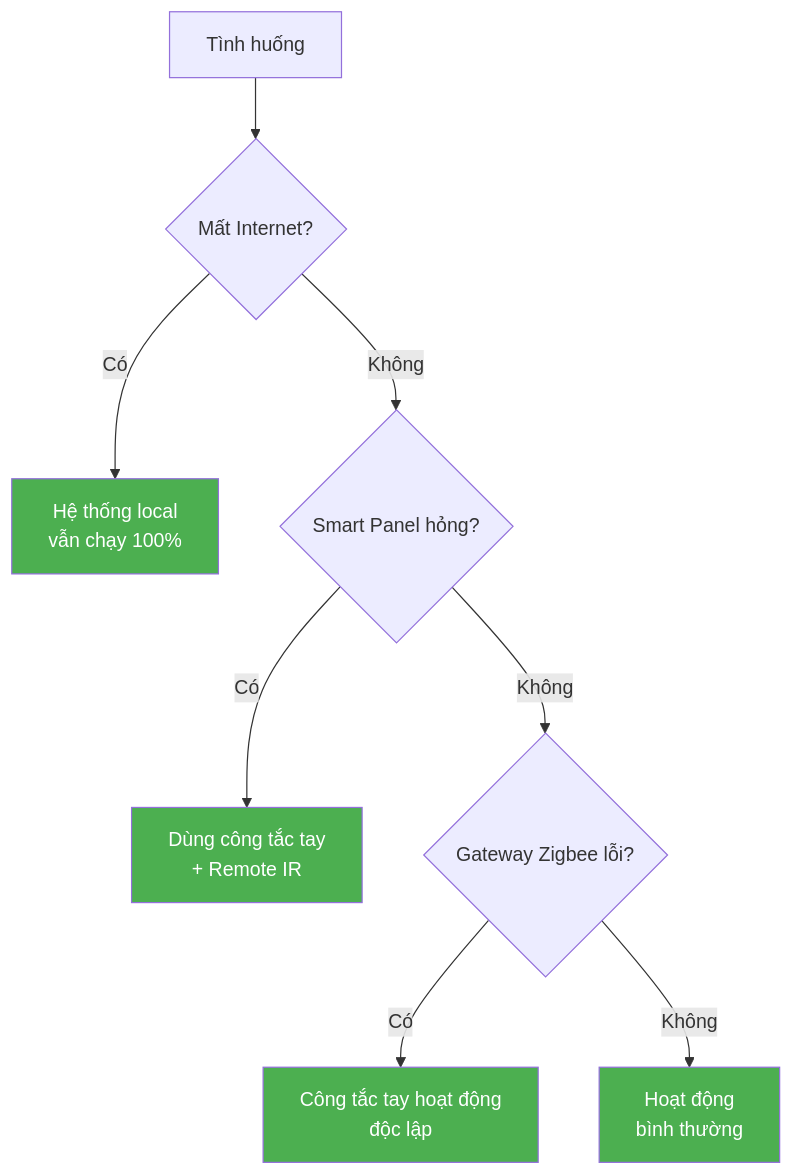
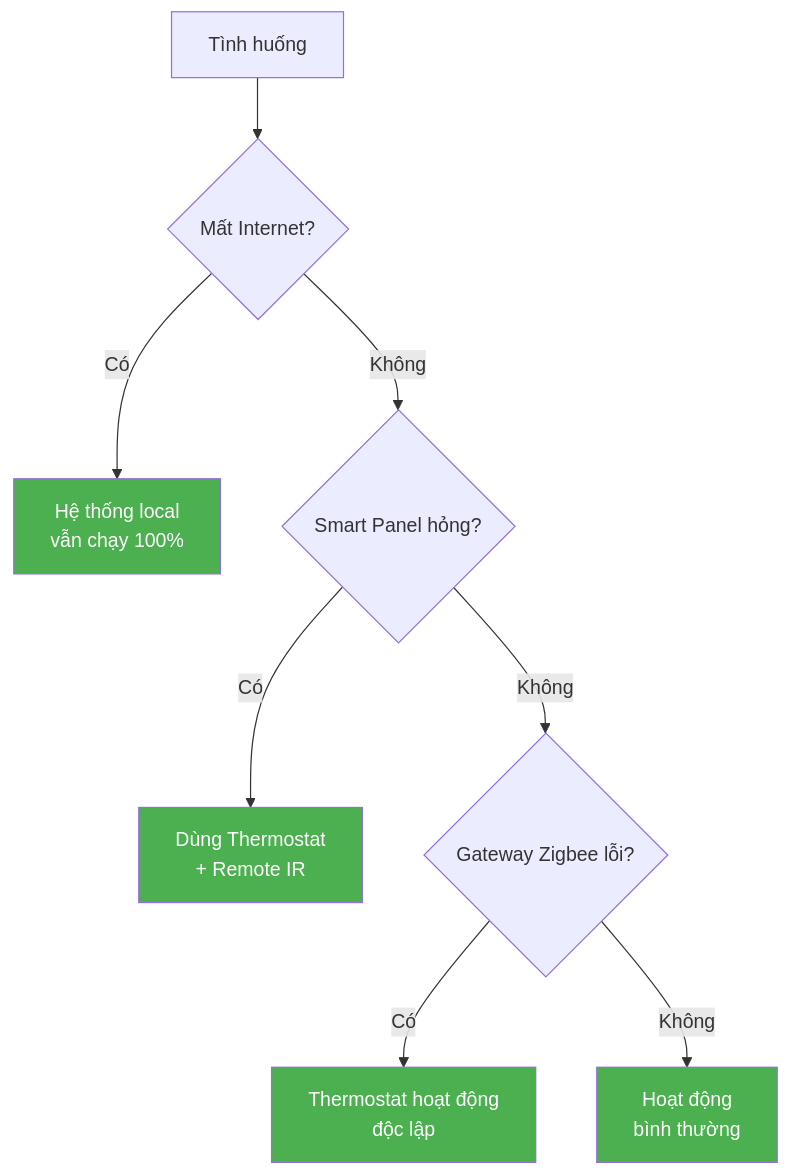
The third of 3 diagrams in slides/03-failsafe.md (huongvn/HLCFEOS), drawn with Mermaid before and after one commit. The commit also changed other lines of this file and 1 other file, not shown here.

First line of the commit message:
fix(slides): update architecture and terminology

````diff
--- a/slides/03-failsafe.md
+++ b/slides/03-failsafe.md
@@ -87,15 +87,15 @@
 ```mermaid
 graph TD
     A[Tình huống] --> B{Mất Internet?}
     B -->|Có| C[Hệ thống local<br/>vẫn chạy 100%]
     B -->|Không| D{Smart Panel hỏng?}
-    D -->|Có| E[Dùng công tắc tay<br/>+ Remote IR]
+    D -->|Có| E[Dùng Thermostat<br/>+ Remote IR]
     D -->|Không| F{Gateway Zigbee lỗi?}
-    F -->|Có| G[Công tắc tay hoạt động<br/>độc lập]
+    F -->|Có| G[Thermostat hoạt động<br/>độc lập]
     F -->|Không| H[Hoạt động<br/>bình thường]
     
     style C fill:#4CAF50,color:#fff
     style E fill:#4CAF50,color:#fff
     style G fill:#4CAF50,color:#fff
     style H fill:#4CAF50,color:#fff
 ```
````
